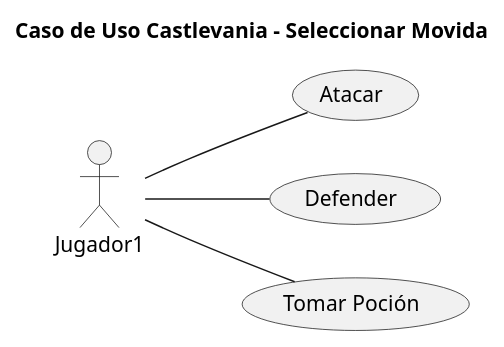
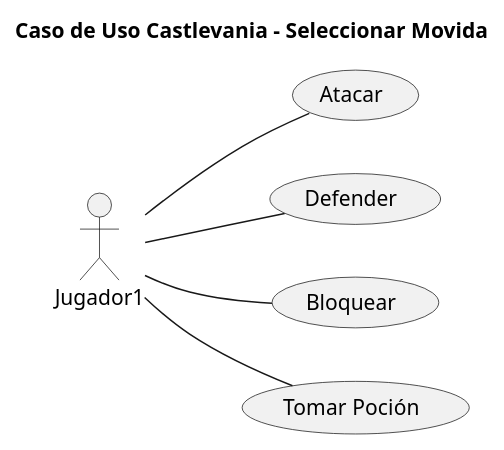
One commit to mmasias/23-24-IdSw2-SDD changed the diagram in modelosUML/CDUs/CDUSeleccionarMovida.puml. Above: the diagram before and after it, drawn with PlantUML.

Commit message:
cambiando Cud

```diff
--- a/modelosUML/CDUs/CDUSeleccionarMovida.puml
+++ b/modelosUML/CDUs/CDUSeleccionarMovida.puml
@@ -1,17 +1,19 @@
 @startuml
 
 title Caso de Uso Castlevania - Seleccionar Movida
 
 left to right direction
 
 actor Jugador1 as user
 
 usecase "Atacar" as atacar
 usecase "Defender" as defender    
+usecase "Bloquear" as bloquear
 usecase "Tomar Poción" as tomarPocion
 
 user -- atacar : ""
 user -- defender : ""
+user -- bloquear : ""
 user -- tomarPocion : ""
 
 @enduml
```
